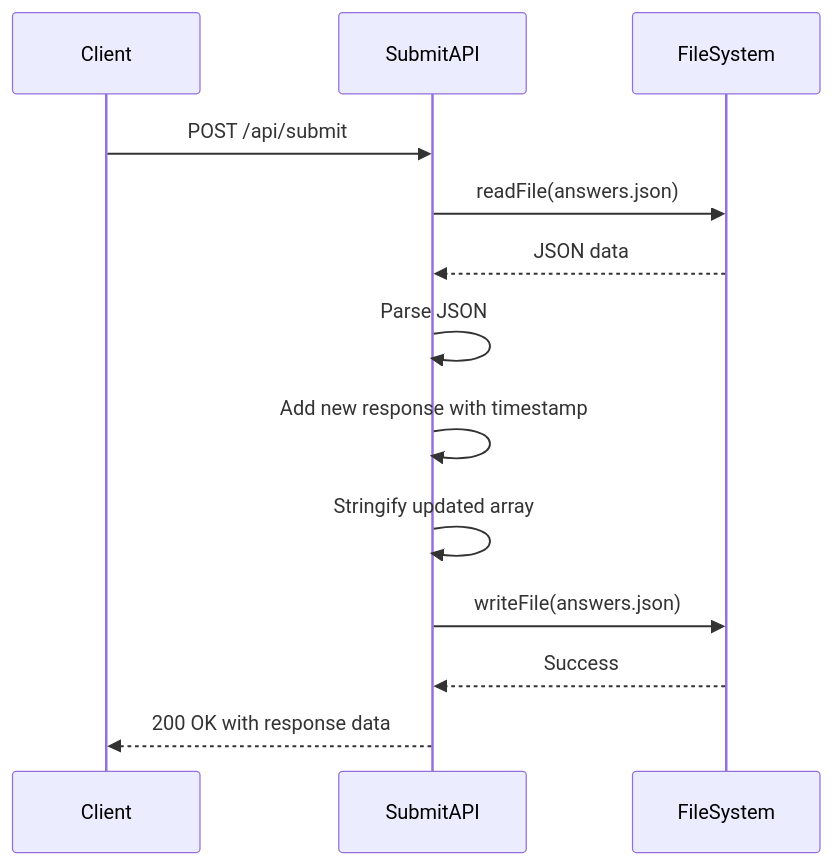
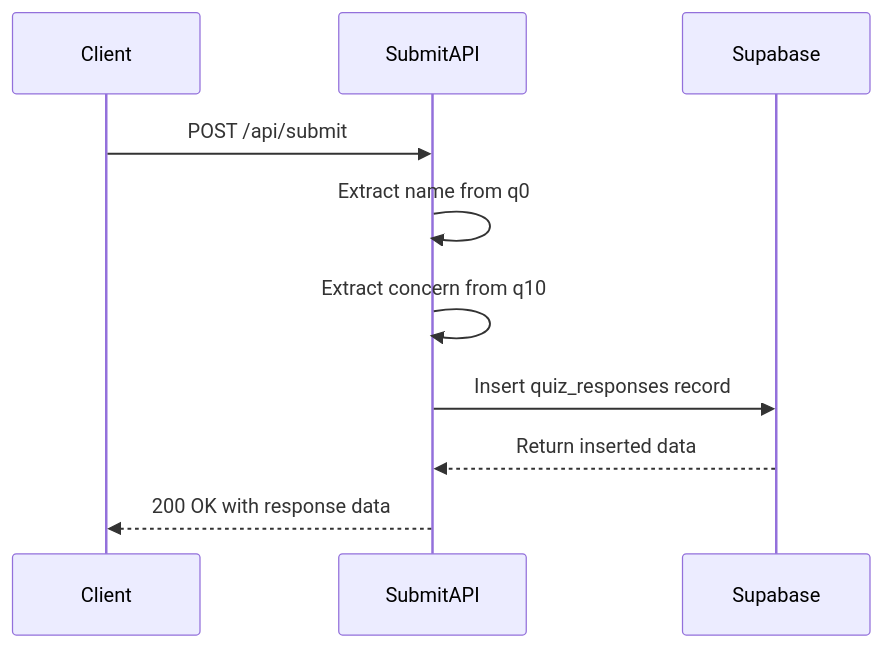
The fourth of 4 diagrams in .qoder/repowiki/en/content/Data Models.md (lommaks777/alena), drawn with Mermaid before and after one commit. The commit also changed other lines of this file and 19 other files, not shown here.

First line of the commit message:
feat: Add autosave functionality for quiz responses

````diff
--- a/.qoder/repowiki/en/content/Data Models.md
+++ b/.qoder/repowiki/en/content/Data Models.md
@@ -252,15 +275,12 @@
 ```mermaid
 sequenceDiagram
 participant Client
 participant SubmitAPI
-participant FileSystem
+participant Supabase
 Client->>SubmitAPI : POST /api/submit
-SubmitAPI->>FileSystem : readFile(answers.json)
-FileSystem-->>SubmitAPI : JSON data
-SubmitAPI->>SubmitAPI : Parse JSON
-SubmitAPI->>SubmitAPI : Add new response with timestamp
-SubmitAPI->>SubmitAPI : Stringify updated array
-SubmitAPI->>FileSystem : writeFile(answers.json)
-FileSystem-->>SubmitAPI : Success
+SubmitAPI->>SubmitAPI : Extract name from q0
+SubmitAPI->>SubmitAPI : Extract concern from q10
+SubmitAPI->>Supabase : Insert quiz_responses record
+Supabase-->>SubmitAPI : Return inserted data
 SubmitAPI-->>Client : 200 OK with response data
 ```
````
